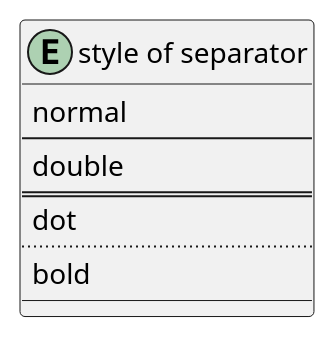
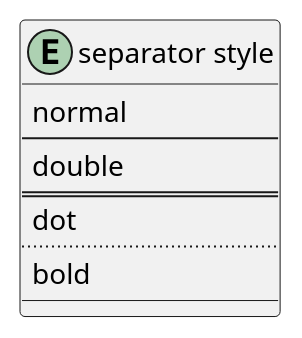
One commit to crsml/plantuml changed the seventh of 16 diagrams in er-diagram-cheat-sheet.md. Above: the diagram before and after it, drawn with PlantUML. The commit also changed other lines of this file, not shown here.

````diff
--- a/er-diagram-cheat-sheet.md
+++ b/er-diagram-cheat-sheet.md
@@ -111,14 +132,14 @@
 ```uml
 @startuml
-    entity "style of separator" {
+    entity "separator style" {
         normal
         --
         double
         ==
         dot
         ..
         bold
         __
     }
 @enduml
 ```
````
